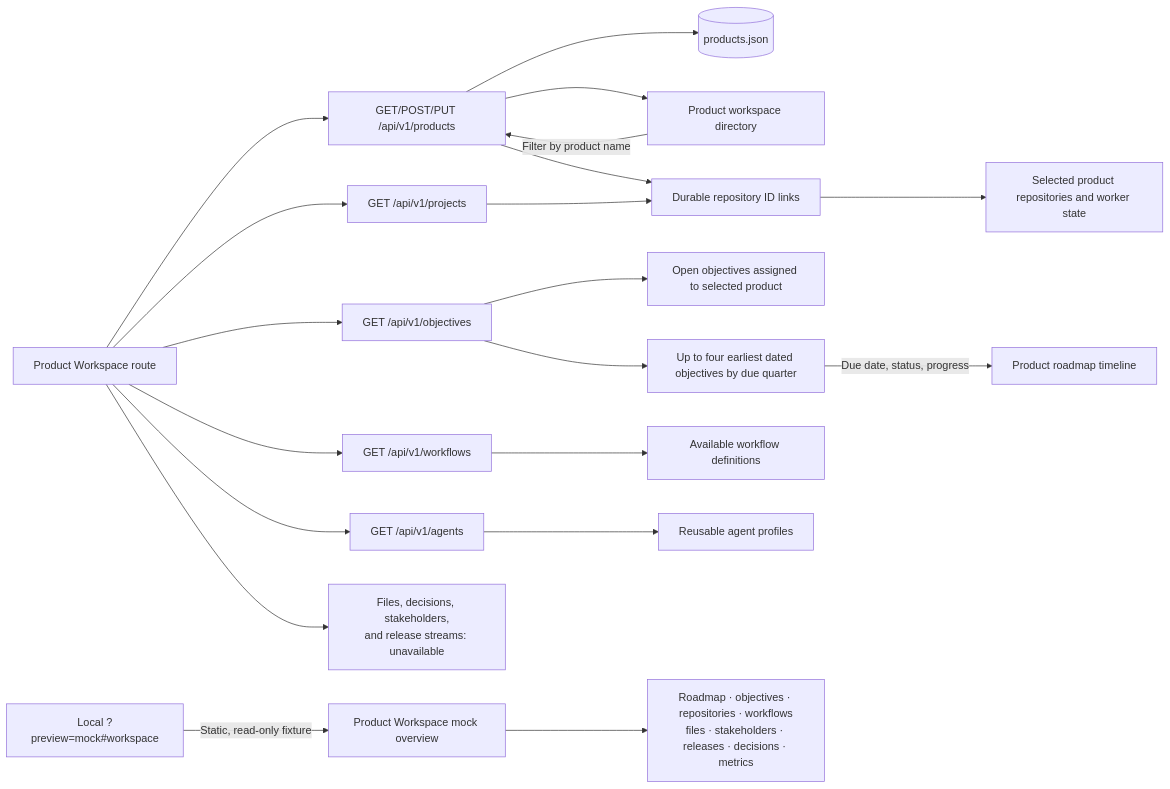
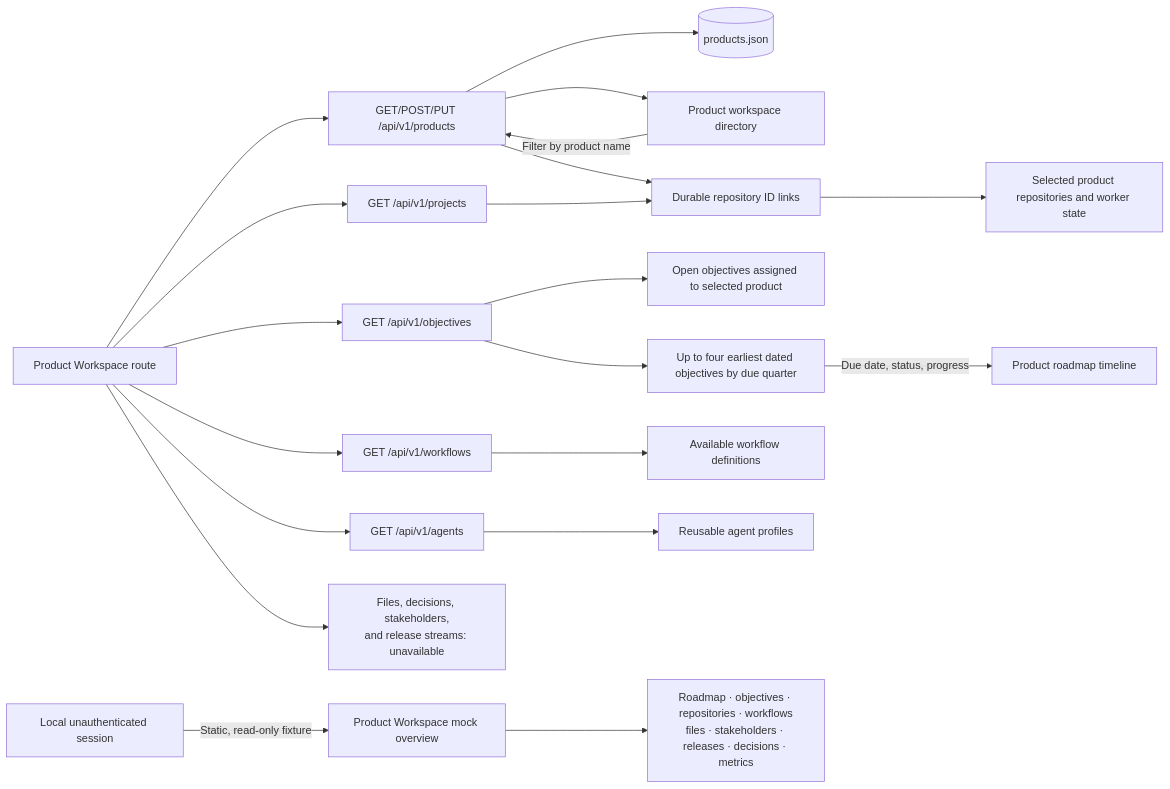
Before and after one commit to bogdaniel/zenchron-engineering-os: the diagram in docs/features/product-workspace.md, drawn with Mermaid. The commit also changed other lines of this file and 53 other files, not shown here.

````diff
--- a/docs/features/product-workspace.md
+++ b/docs/features/product-workspace.md
@@ -15,23 +16,23 @@
 ```mermaid
 flowchart LR
     Browser[Product Workspace route] --> Projects[GET /api/v1/projects]
     Browser --> Products[GET/POST/PUT /api/v1/products]
     Browser --> Objectives[GET /api/v1/objectives]
     Browser --> Workflows[GET /api/v1/workflows]
     Browser --> Agents[GET /api/v1/agents]
     Products --> Store[(products.json)]
     Products --> Directory[Product workspace directory]
     Directory -->|Filter by product name| Products
     Products --> Links[Durable repository ID links]
     Projects --> Links
     Links --> Detail[Selected product repositories and worker state]
     Objectives --> GoalList[Open objectives assigned to selected product]
     Objectives --> Roadmap[Up to four earliest dated objectives by due quarter]
     Roadmap -->|Due date, status, progress| ProductRoadmap[Product roadmap timeline]
     Workflows --> WorkflowList[Available workflow definitions]
     Agents --> Templates[Reusable agent profiles]
     Missing[Files, decisions, stakeholders,<br/>and release streams: unavailable]
     Browser --> Missing
-    Preview[Local ?preview=mock#workspace] -->|Static, read-only fixture| Mock[Product Workspace mock overview]
+    Preview[Local unauthenticated session] -->|Static, read-only fixture| Mock[Product Workspace mock overview]
     Mock --> MockData[Roadmap · objectives · repositories · workflows<br/>files · stakeholders · releases · decisions · metrics]
 ```
````
